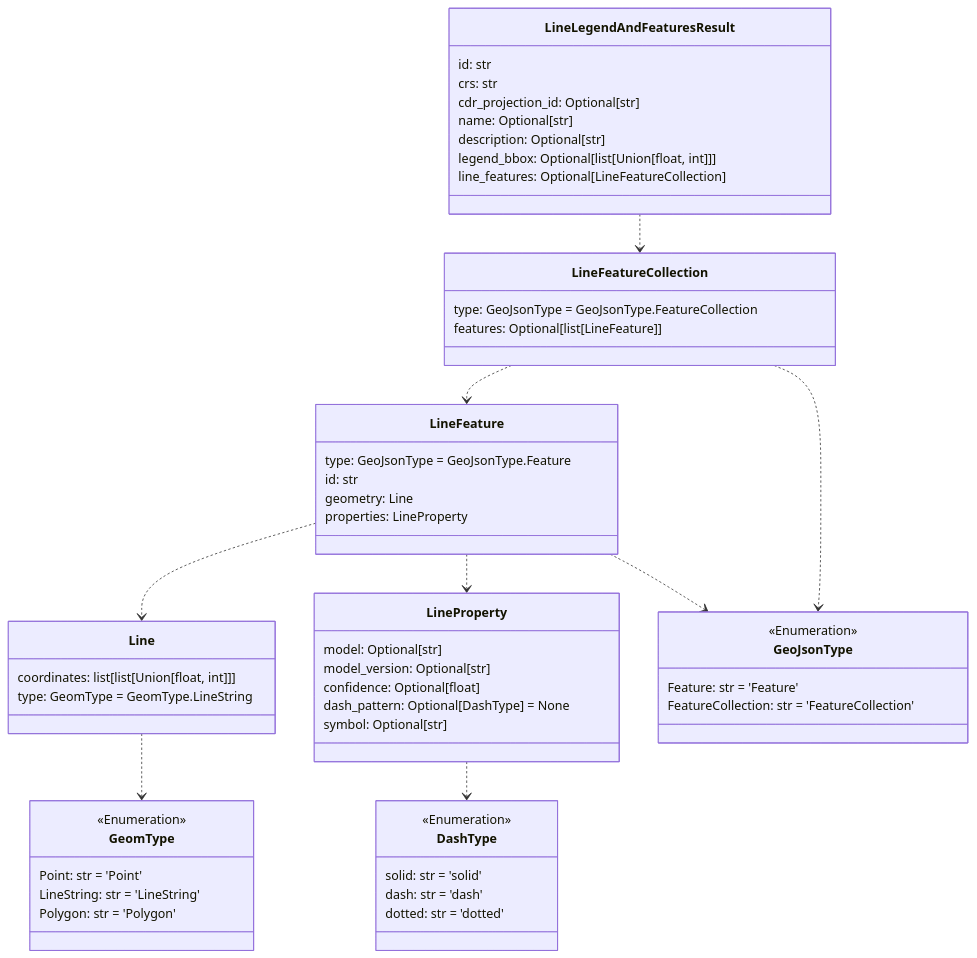
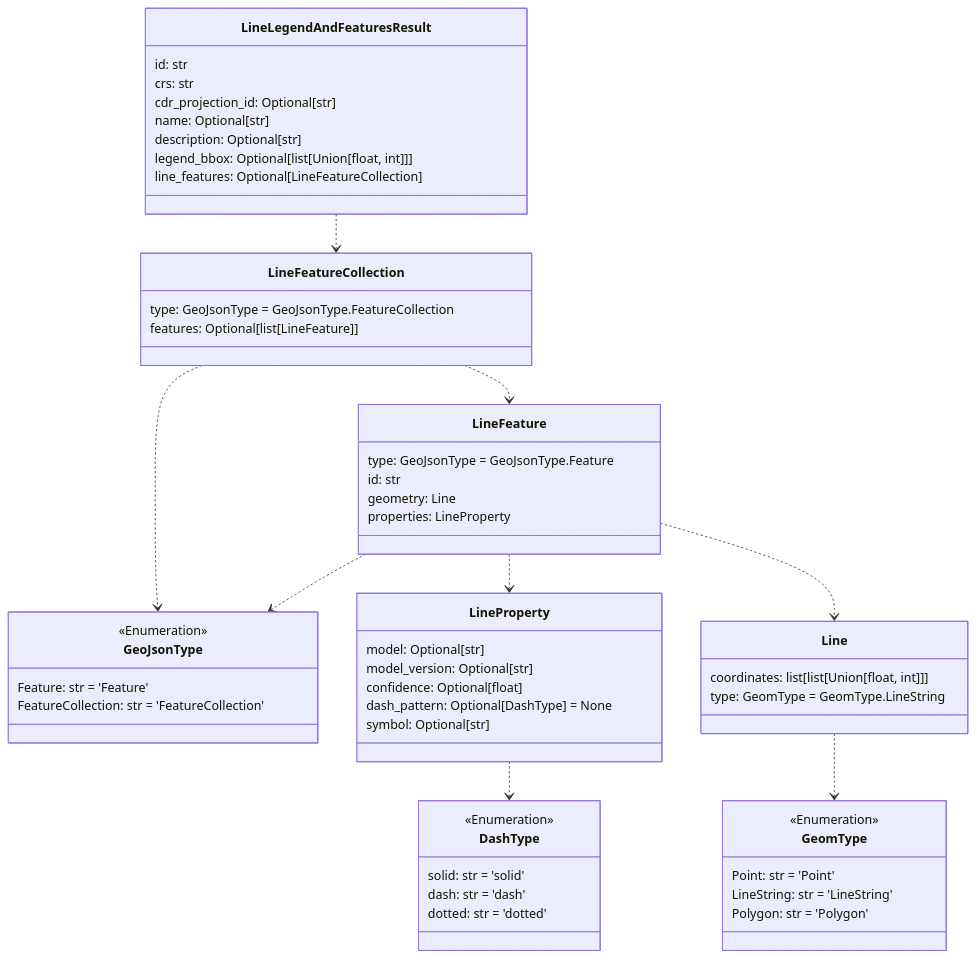
The sixth of 12 diagrams in README.md (DARPA-CRITICALMAAS/cdr_schemas), drawn with Mermaid before and after one commit. The commit also changed other lines of this file and 2 other files, not shown here.

````diff
--- a/README.md
+++ b/README.md
@@ -402,69 +402,69 @@
 ```mermaid
 classDiagram
+
+    class LineFeature {
+        type: GeoJsonType = GeoJsonType.Feature
+        id: str
+        geometry: Line
+        properties: LineProperty
+    }
 
     class GeoJsonType {
         <<Enumeration>>
         Feature: str = 'Feature'
         FeatureCollection: str = 'FeatureCollection'
     }
 
-    class DashType {
+    class GeomType {
         <<Enumeration>>
-        solid: str = 'solid'
-        dash: str = 'dash'
-        dotted: str = 'dotted'
-    }
-
-    class Line {
-        coordinates: list[list[Union[float, int]]]
-        type: GeomType = GeomType.LineString
-    }
-
-    class LineProperty {
-        model: Optional[str]
-        model_version: Optional[str]
-        confidence: Optional[float]
-        dash_pattern: Optional[DashType] = None
-        symbol: Optional[str]
-    }
-
-    class LineFeature {
-        type: GeoJsonType = GeoJsonType.Feature
-        id: str
-        geometry: Line
-        properties: LineProperty
+        Point: str = 'Point'
+        LineString: str = 'LineString'
+        Polygon: str = 'Polygon'
     }
 
     class LineLegendAndFeaturesResult {
         id: str
         crs: str
         cdr_projection_id: Optional[str]
         name: Optional[str]
         description: Optional[str]
         legend_bbox: Optional[list[Union[float, int]]]
         line_features: Optional[LineFeatureCollection]
     }
 
-    class GeomType {
+    class LineProperty {
+        model: Optional[str]
+        model_version: Optional[str]
+        confidence: Optional[float]
+        dash_pattern: Optional[DashType] = None
+        symbol: Optional[str]
+    }
+
+    class DashType {
         <<Enumeration>>
-        Point: str = 'Point'
-        LineString: str = 'LineString'
-        Polygon: str = 'Polygon'
+        solid: str = 'solid'
+        dash: str = 'dash'
+        dotted: str = 'dotted'
     }
 
     class LineFeatureCollection {
         type: GeoJsonType = GeoJsonType.FeatureCollection
         features: Optional[list[LineFeature]]
     }
 
+    class Line {
+        coordinates: list[list[Union[float, int]]]
+        type: GeomType = GeomType.LineString
+    }
+
     Line ..> GeomType
     LineProperty ..> DashType
+    LineFeature ..> GeoJsonType
+    LineFeature ..> LineProperty
     LineFeature ..> Line
-    LineFeature ..> LineProperty
-    LineFeature ..> GeoJsonType
     LineFeatureCollection ..> LineFeature
     LineFeatureCollection ..> GeoJsonType
     LineLegendAndFeaturesResult ..> LineFeatureCollection
 
 
 ```
````
